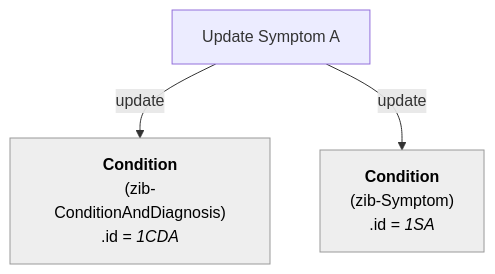
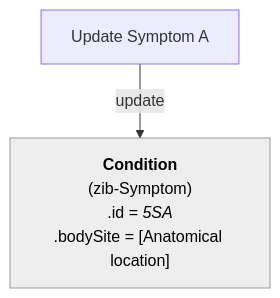
Before and after one commit to Nictiz/Nictiz-R4-zib2024: the sixth of 13 diagrams in documentation/Condition-Diagnosis-Symptom.md, drawn with Mermaid. The commit also changed other lines of this file, not shown here.

````diff
--- a/documentation/Condition-Diagnosis-Symptom.md
+++ b/documentation/Condition-Diagnosis-Symptom.md
@@ -170,18 +177,14 @@
 ```mermaid
 flowchart TB
 
 UpdateSymptom_A["`Update Symptom A`"]
-    CD_A["`**Condition**
-        (zib-ConditionAndDiagnosis)
-        .id = _1CDA_`"] 
     S_A["`**Condition**
         (zib-Symptom)
-        .id = _1SA_`"]
+        .id = _5SA_
+        .bodySite = [Anatomical location]`"]
     
     S_A:::Ash
-    CD_A:::Ash
     classDef Ash stroke-width:1px, stroke-dasharray:none, stroke:#999999, fill:#EEEEEE, color:#000000
 
-UpdateSymptom_A -- update --> CD_A
 UpdateSymptom_A -- update --> S_A
 ```
````
